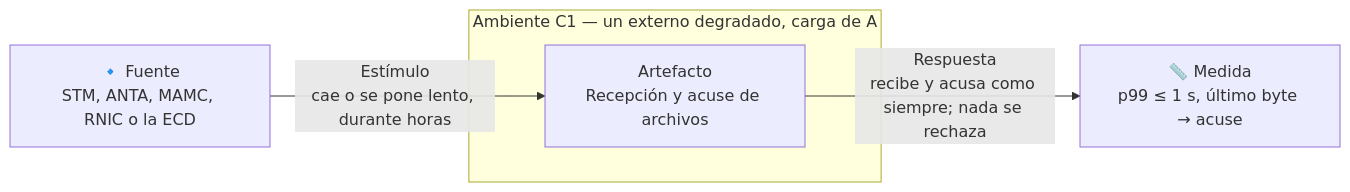
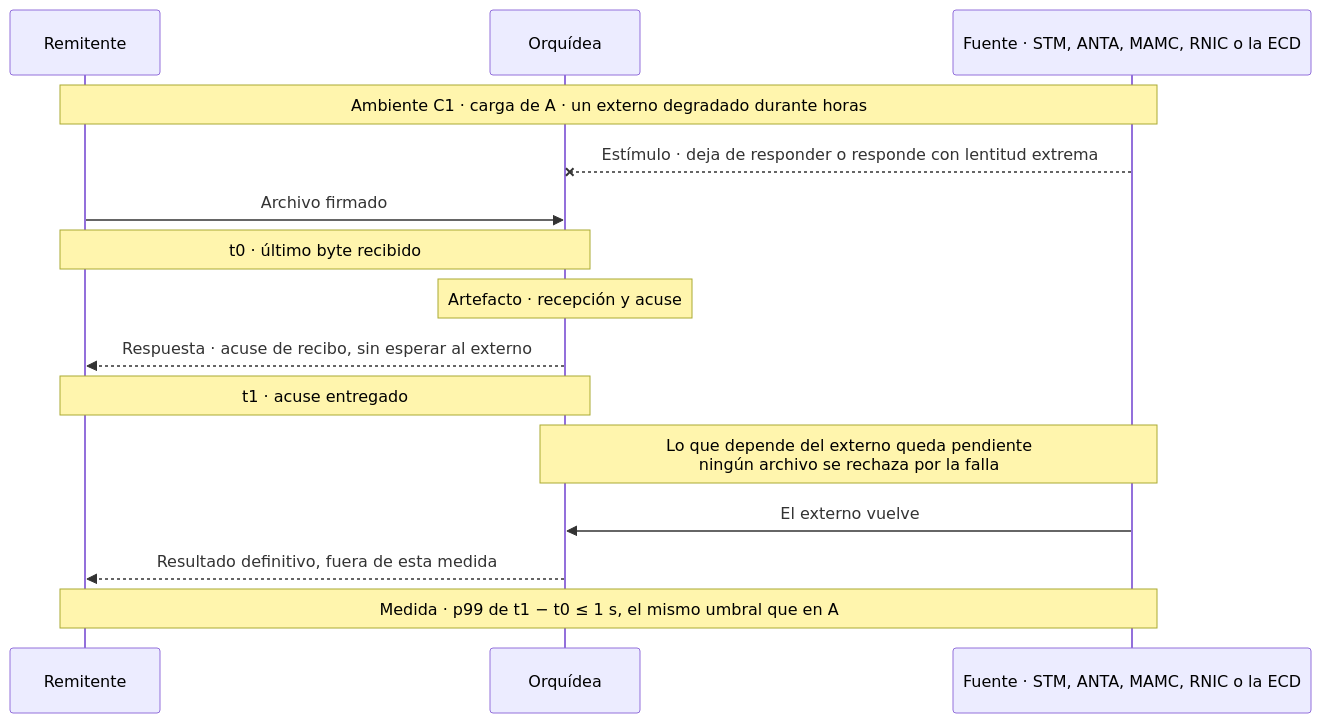
One commit to MATI-MBIT/arqsoft-reto-4 changed the second of 17 diagrams in docs/quality-attributes.md. Above: the diagram before and after it, drawn with Mermaid. The commit also changed other lines of this file, not shown here.

Commit message:
Cambia los diagramas de los ASR por diagramas de secuencia con t0, t1 y la medida

````diff
--- a/docs/quality-attributes.md
+++ b/docs/quality-attributes.md
@@ -172,9 +180,17 @@
 ```mermaid
-flowchart LR
-    F["🔹 Fuente<br/>STM, ANTA, MAMC, RNIC o la ECD"]
-    F -- "Estímulo<br/>cae o se pone lento, durante horas" --> A
-    subgraph AMB["Ambiente C1 — un externo degradado, carga de A"]
-        A["Artefacto<br/>Recepción y acuse de archivos"]
-    end
-    A -- "Respuesta<br/>recibe y acusa como siempre; nada se rechaza" --> M["📏 Medida<br/>p99 ≤ 1 s, último byte → acuse"]
+sequenceDiagram
+    participant R as Remitente
+    participant O as Orquídea
+    participant X as Fuente · STM, ANTA, MAMC, RNIC o la ECD
+    Note over R,X: Ambiente C1 · carga de A · un externo degradado durante horas
+    X--xO: Estímulo · deja de responder o responde con lentitud extrema
+    R->>O: Archivo firmado
+    Note over R,O: t0 · último byte recibido
+    Note over O: Artefacto · recepción y acuse
+    O-->>R: Respuesta · acuse de recibo, sin esperar al externo
+    Note over R,O: t1 · acuse entregado
+    Note over O,X: Lo que depende del externo queda pendiente<br/>ningún archivo se rechaza por la falla
+    X->>O: El externo vuelve
+    O-->>R: Resultado definitivo, fuera de esta medida
+    Note over R,X: Medida · p99 de t1 − t0 ≤ 1 s, el mismo umbral que en A
 ```
````
